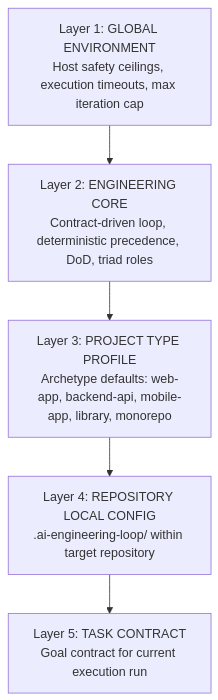
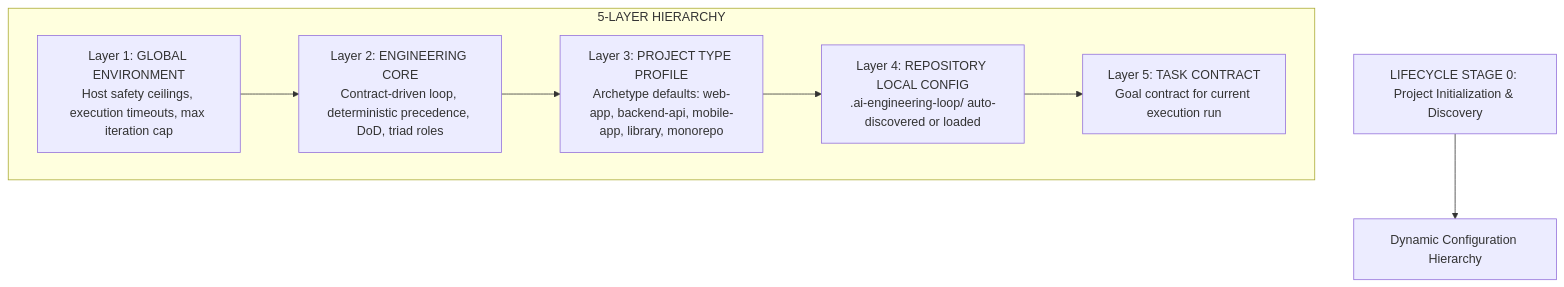
One commit to egagofur/ai-engineering-loop changed the diagram in core/configuration-precedence.md. Above: the diagram before and after it, drawn with Mermaid. The commit also changed other lines of this file and 8 other files, not shown here.

Commit message:
feat: add automatic project initialization and context discovery lifecycle stage

````diff
--- a/core/configuration-precedence.md
+++ b/core/configuration-precedence.md
@@ -11,10 +11,14 @@
 ```mermaid
 flowchart TD
-    L1[Layer 1: GLOBAL ENVIRONMENT<br>Host safety ceilings, execution timeouts, max iteration cap]
-    L2[Layer 2: ENGINEERING CORE<br>Contract-driven loop, deterministic precedence, DoD, triad roles]
-    L3[Layer 3: PROJECT TYPE PROFILE<br>Archetype defaults: web-app, backend-api, mobile-app, library, monorepo]
-    L4[Layer 4: REPOSITORY LOCAL CONFIG<br>.ai-engineering-loop/ within target repository]
-    L5[Layer 5: TASK CONTRACT<br>Goal contract for current execution run]
+    Init[LIFECYCLE STAGE 0: Project Initialization & Discovery] --> Res[Dynamic Configuration Hierarchy]
+    
+    subgraph Layers [5-LAYER HIERARCHY]
+        L1[Layer 1: GLOBAL ENVIRONMENT<br>Host safety ceilings, execution timeouts, max iteration cap]
+        L2[Layer 2: ENGINEERING CORE<br>Contract-driven loop, deterministic precedence, DoD, triad roles]
+        L3[Layer 3: PROJECT TYPE PROFILE<br>Archetype defaults: web-app, backend-api, mobile-app, library, monorepo]
+        L4[Layer 4: REPOSITORY LOCAL CONFIG<br>.ai-engineering-loop/ auto-discovered or loaded]
+        L5[Layer 5: TASK CONTRACT<br>Goal contract for current execution run]
 
-    L1 --> L2 --> L3 --> L4 --> L5
+        L1 --> L2 --> L3 --> L4 --> L5
+    end
 ```
````
